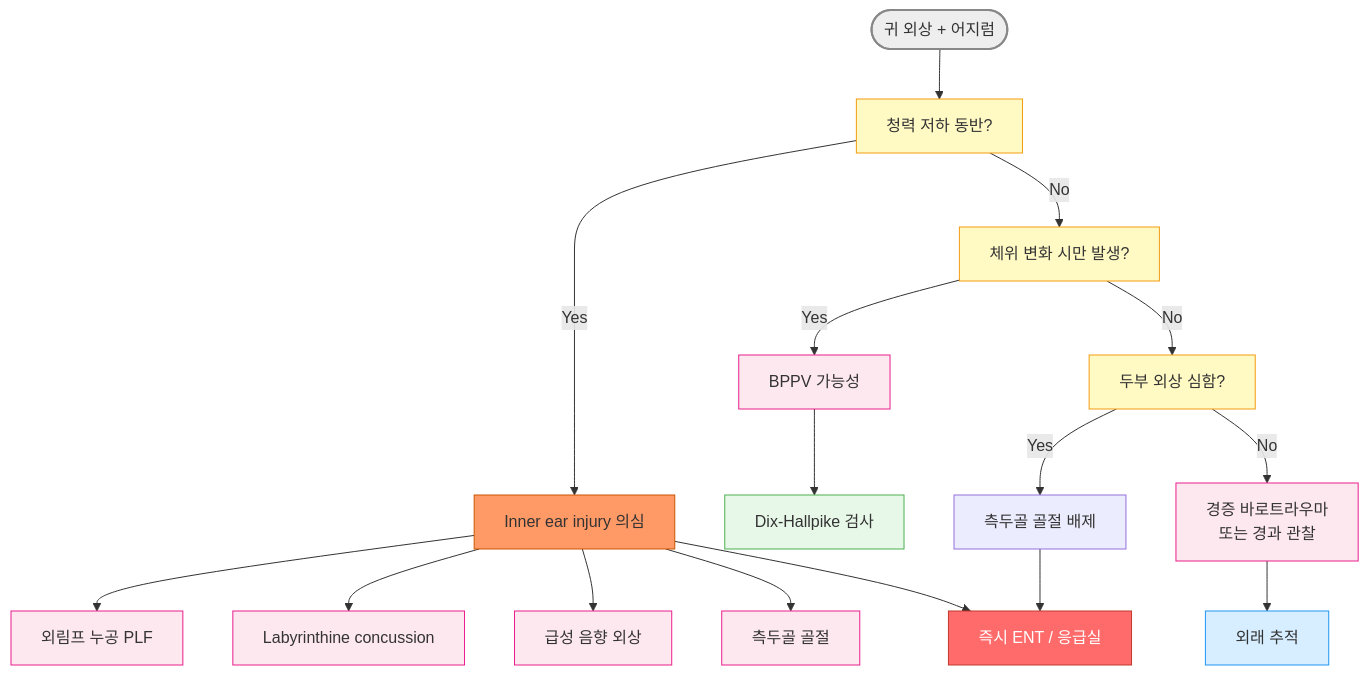
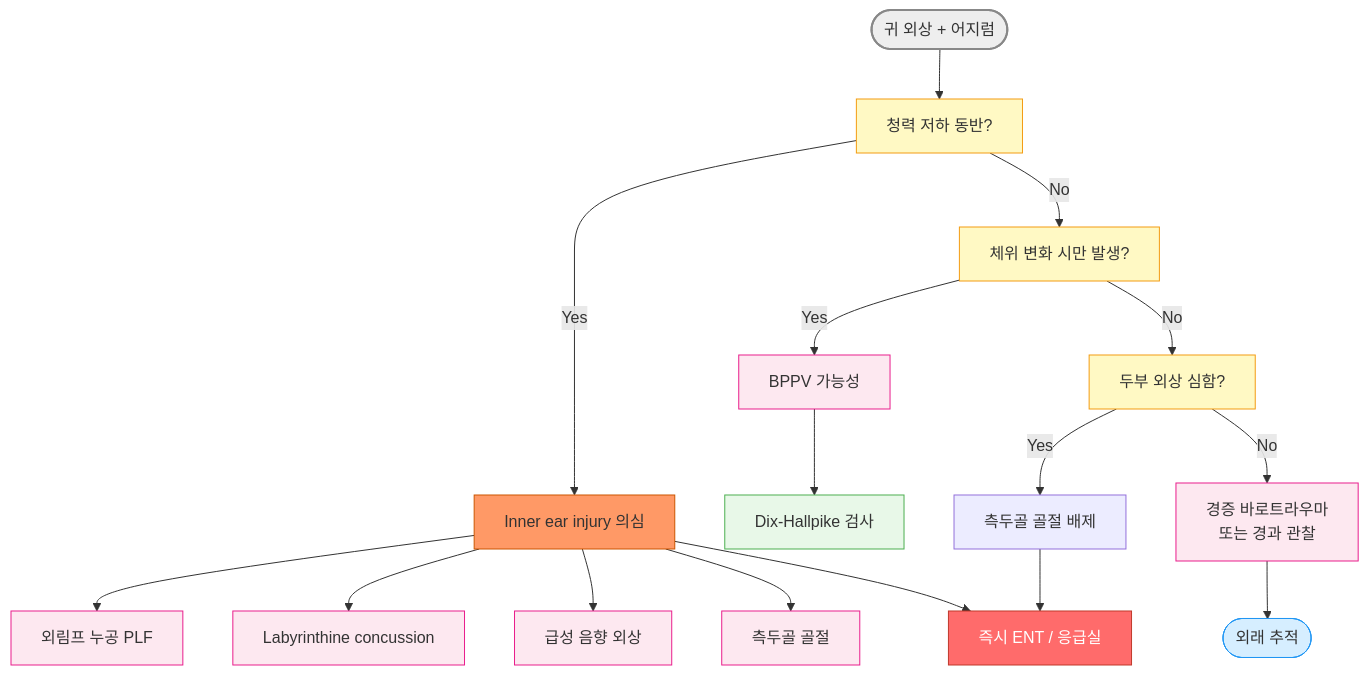
The first of 3 diagrams in 222_/049_-ear-injury.md (familyoh77/familyoh77), drawn with Mermaid before and after one commit. The commit also changed other lines of this file and 2 other files, not shown here.

````diff
--- a/222_/049_-ear-injury.md
+++ b/222_/049_-ear-injury.md
@@ -48,28 +48,28 @@
 ```mermaid
 flowchart TD
     A([귀 외상 + 어지럼]) --> B[청력 저하 동반?]
     B -->|Yes| C[Inner ear injury 의심]
     C --> C1[외림프 누공 PLF]
     C --> C2[Labyrinthine concussion]
     C --> C3[급성 음향 외상]
     C --> C4[측두골 골절]
     C --> D[즉시 ENT / 응급실]
     B -->|No| E[체위 변화 시만 발생?]
     E -->|Yes| F[BPPV 가능성]
     F --> G[Dix-Hallpike 검사]
     E -->|No| H[두부 외상 심함?]
     H -->|Yes| I[측두골 골절 배제]
     I --> D
     H -->|No| J[경증 바로트라우마<br/>또는 경과 관찰]
-    J --> K[외래 추적]
+    J --> K([외래 추적])
 
     style A fill:#eeeeee,stroke:#888888,stroke-width:2px
     style C fill:#ff9966,stroke:#cc5500
     style D fill:#ff6b6b,stroke:#c0392b,color:#fff
     style G fill:#e8f8e8,stroke:#4caf50
     style K fill:#d6eeff,stroke:#2196f3
     classDef yellow fill:#fff9c4,stroke:#f39c12
     class B,E,H yellow
     classDef pink fill:#fde8f0,stroke:#e91e8c
 class C1,C2,C3,C4,J,F pink
 ```
````
